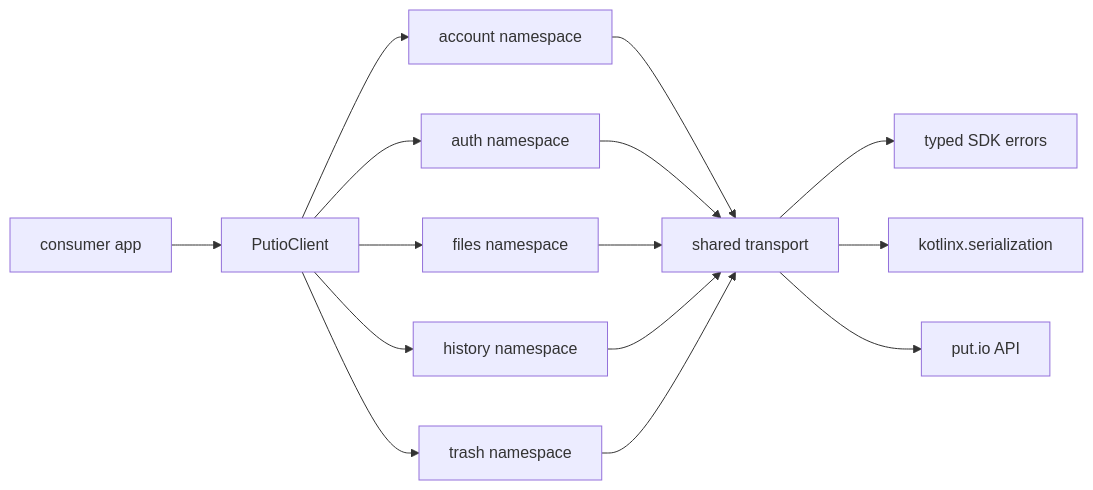
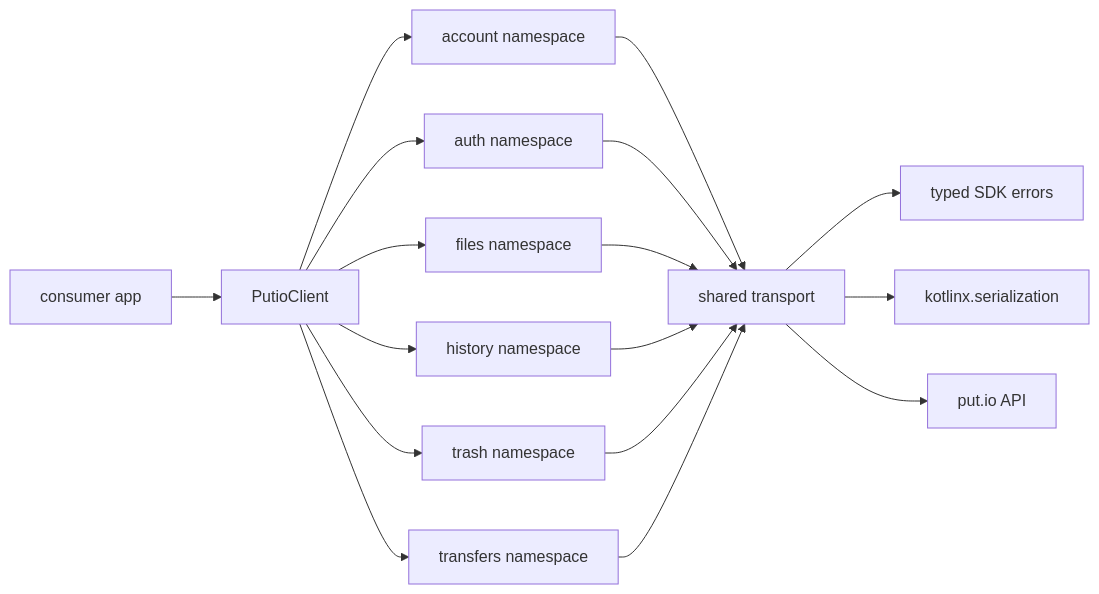
Before and after one commit to putdotio/putio-sdk-kotlin: the diagram in docs/ARCHITECTURE.md, drawn with Mermaid. The commit also changed other lines of this file and 8 other files, not shown here.

````diff
--- a/docs/ARCHITECTURE.md
+++ b/docs/ARCHITECTURE.md
@@ -9,17 +9,19 @@
 ```mermaid
 graph LR
   Consumer["consumer app"] --> Client["PutioClient"]
   Client --> Account["account namespace"]
   Client --> Auth["auth namespace"]
   Client --> Files["files namespace"]
   Client --> History["history namespace"]
   Client --> Trash["trash namespace"]
+  Client --> Transfers["transfers namespace"]
   Account --> Transport["shared transport"]
   Auth --> Transport
   Files --> Transport
   History --> Transport
   Trash --> Transport
+  Transfers --> Transport
   Transport --> Errors["typed SDK errors"]
   Transport --> Json["kotlinx.serialization"]
   Transport --> API["put.io API"]
 ```
````
